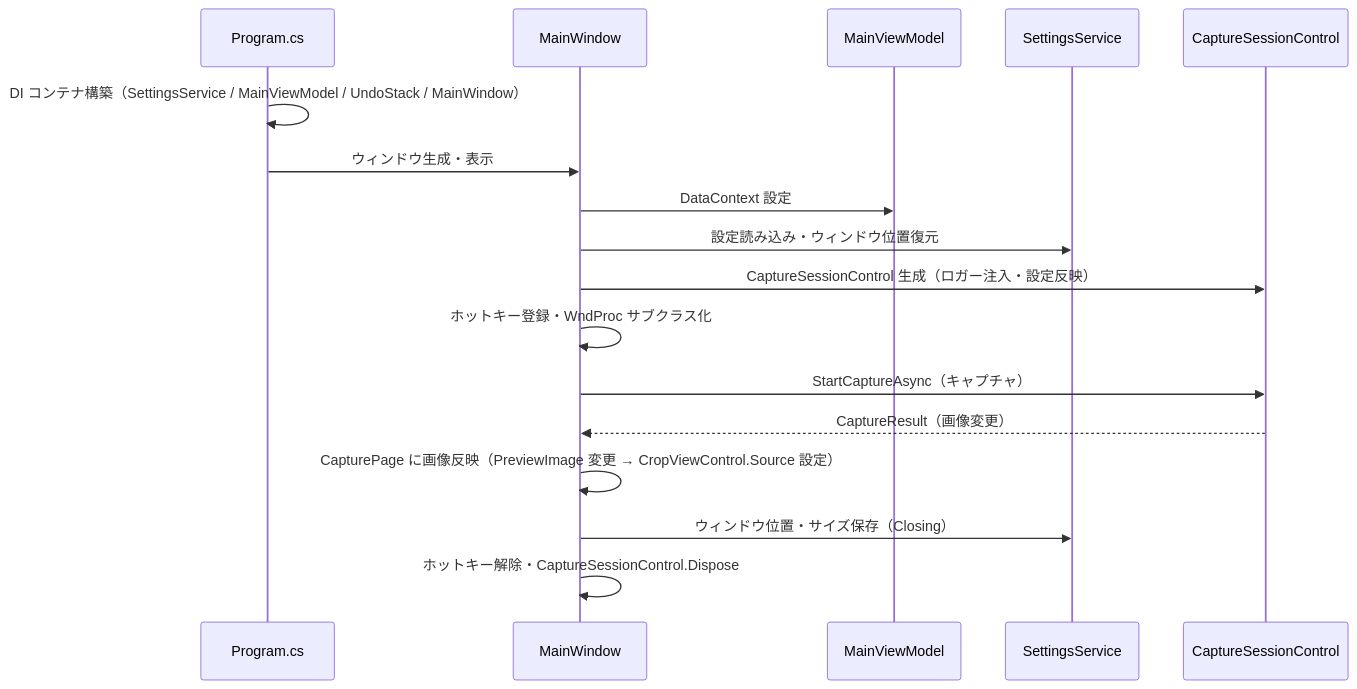
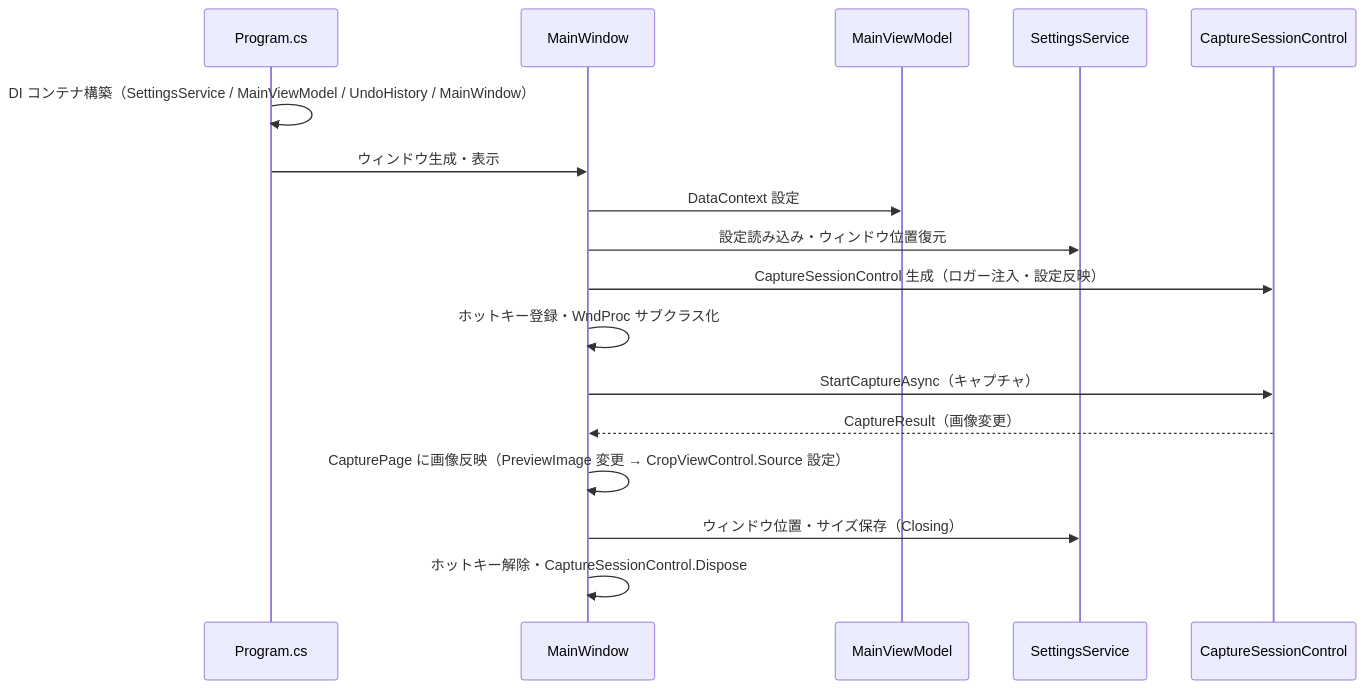
One commit to tomokuni/SaveEvidence changed the second of 2 diagrams in src/App.AvaloniaUI/docs/SPEC_System.md. Above: the diagram before and after it, drawn with Mermaid. The commit also changed other lines of this file and 93 other files, not shown here.

````diff
--- a/src/App.AvaloniaUI/docs/SPEC_System.md
+++ b/src/App.AvaloniaUI/docs/SPEC_System.md
@@ -231,22 +231,22 @@
 ```mermaid
 sequenceDiagram
     participant Prg as Program.cs
     participant MW as MainWindow
     participant VM as MainViewModel
     participant SS as SettingsService
     participant SN as CaptureSessionControl
 
-    Prg->>Prg: DI コンテナ構築（SettingsService / MainViewModel / UndoStack / MainWindow）
+    Prg->>Prg: DI コンテナ構築（SettingsService / MainViewModel / UndoHistory / MainWindow）
     Prg->>MW: ウィンドウ生成・表示
     MW->>VM: DataContext 設定
     MW->>SS: 設定読み込み・ウィンドウ位置復元
     MW->>SN: CaptureSessionControl 生成（ロガー注入・設定反映）
     MW->>MW: ホットキー登録・WndProc サブクラス化
 
     MW->>SN: StartCaptureAsync（キャプチャ）
     SN-->>MW: CaptureResult（画像変更）
     MW->>MW: CapturePage に画像反映（PreviewImage 変更 → CropViewControl.Source 設定）
 
     MW->>SS: ウィンドウ位置・サイズ保存（Closing）
     MW->>MW: ホットキー解除・CaptureSessionControl.Dispose
 ```
````
